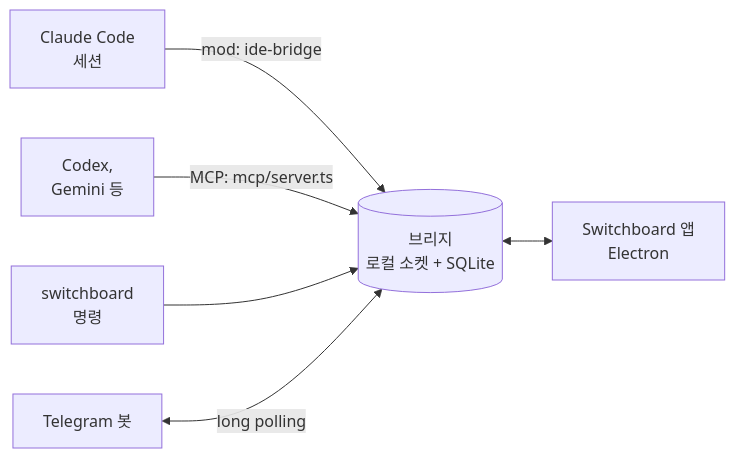
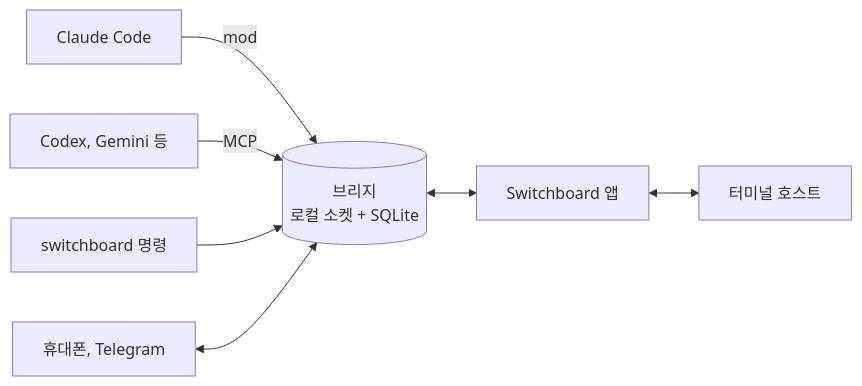
The diagram in README.md (choco5958/switchboard), drawn with Mermaid before and after one commit. The commit also changed other lines of this file and 16 other files, not shown here.

````diff
--- a/README.md
+++ b/README.md
@@ -149,8 +309,9 @@
 ```mermaid
 flowchart LR
-  cc["Claude Code<br/>세션"] -- "mod: ide-bridge" --> bridge
-  cli["Codex,<br/>Gemini 등"] -- "MCP: mcp/server.ts" --> bridge
-  cmd["switchboard<br/>명령"] --> bridge
-  tg["Telegram 봇"] <-->|"long polling"| bridge
-  bridge[("브리지<br/>로컬 소켓 + SQLite")] <--> app["Switchboard 앱<br/>Electron"]
+  cc["Claude Code"] -- "mod" --> bridge
+  cli["Codex, Gemini 등"] -- "MCP" --> bridge
+  cmd["switchboard 명령"] --> bridge
+  phone["휴대폰, Telegram"] <--> bridge
+  bridge[("브리지<br/>로컬 소켓 + SQLite")] <--> app["Switchboard 앱"]
+  app <--> host["터미널 호스트"]
 ```
````
